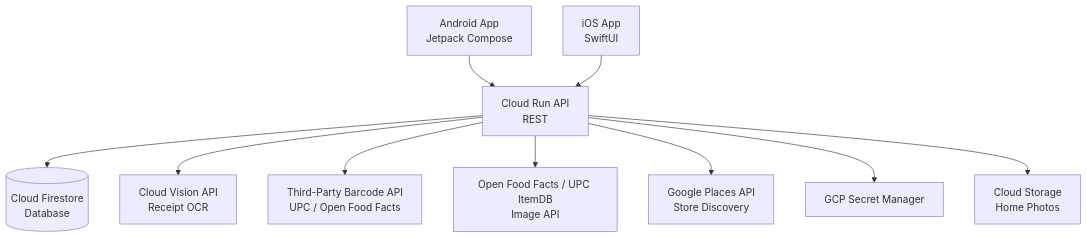
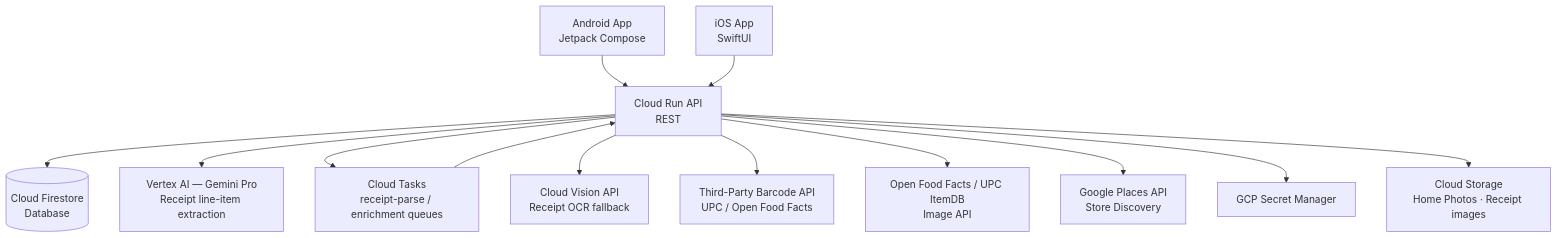
One commit to fernandogator/mekasa changed the diagram in docs/architecture.md. Above: the diagram before and after it, drawn with Mermaid. The commit also changed other lines of this file and 27 other files, not shown here.

First line of the commit message:
Gemini receipt parser — phase 1: design, data model, API contract (review pause) (#104)

````diff
--- a/docs/architecture.md
+++ b/docs/architecture.md
@@ -14,23 +14,28 @@
 ```mermaid
 graph TD
   AndroidApp[Android App\nJetpack Compose]
   iOSApp[iOS App\nSwiftUI]
   API[Cloud Run API\nREST]
   DB[(Cloud Firestore\nDatabase)]
-  OCR[Cloud Vision API\nReceipt OCR]
+  OCR[Cloud Vision API\nReceipt OCR fallback]
+  Gemini[Vertex AI — Gemini Pro\nReceipt line-item extraction]
+  Tasks[Cloud Tasks\nreceipt-parse / enrichment queues]
   Barcode[Third-Party Barcode API\nUPC / Open Food Facts]
   ImageAPI[Open Food Facts / UPC ItemDB\nImage API]
   Places[Google Places API\nStore Discovery]
   Secrets[GCP Secret Manager]
-  Storage[Cloud Storage\nHome Photos]
+  Storage[Cloud Storage\nHome Photos · Receipt images]
 
   AndroidApp --> API
   iOSApp --> API
   API --> DB
+  API --> Gemini
+  API --> Tasks
+  Tasks --> API
   API --> OCR
   API --> Barcode
   API --> ImageAPI
   API --> Places
   API --> Secrets
   API --> Storage
 ```
````
